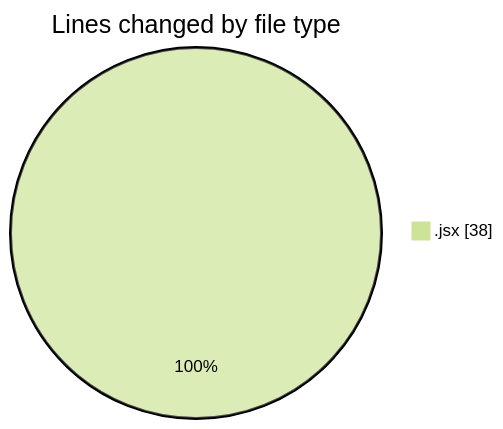
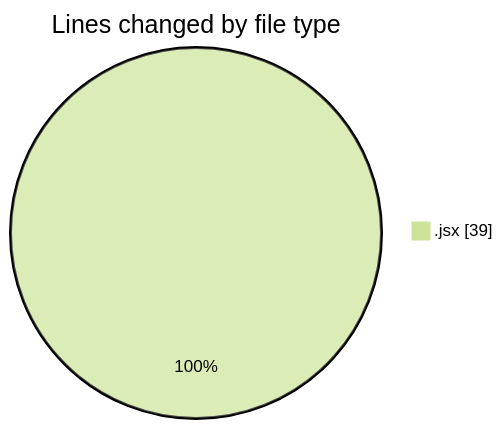
The first of 2 diagrams in 2025-06-26/nxtqube_webapp/README.md (nxtqubesakshisongat/code-tracking), drawn with Mermaid (forest theme) before and after one commit. The commit also changed other lines of this file and 1 other file, not shown here.

````diff
--- a/2025-06-26/nxtqube_webapp/README.md
+++ b/2025-06-26/nxtqube_webapp/README.md
@@ -20,5 +20,5 @@
 ```mermaid
 pie showData
 title Lines changed by file type
-".jsx" : 38
+".jsx" : 39
 ```
````
